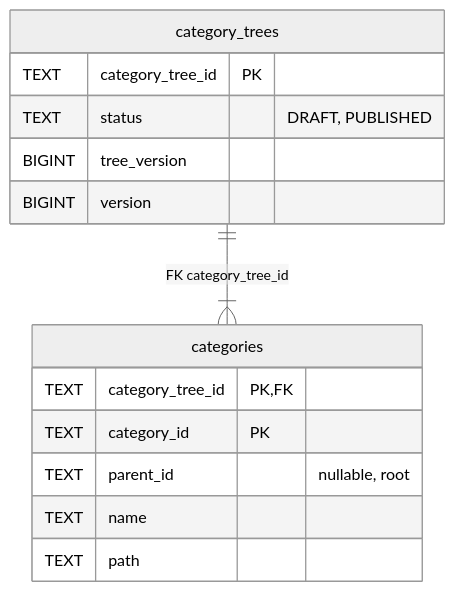
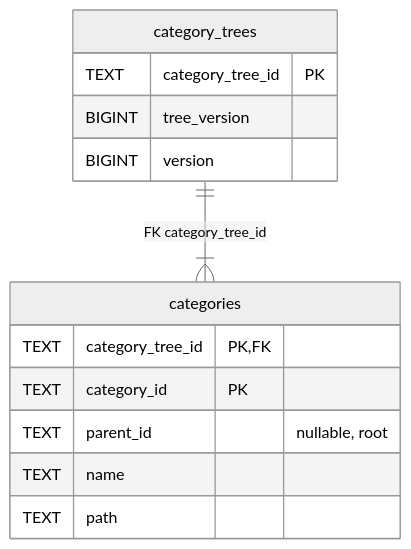
One commit to IQVO/warehouse-docs changed the second of 5 diagrams in storefront/docs/contexts/product-content/entity-relationship.md. Above: the diagram before and after it, drawn with Mermaid (neutral theme). The commit also changed other lines of this file and 16 other files, not shown here.

````diff
--- a/storefront/docs/contexts/product-content/entity-relationship.md
+++ b/storefront/docs/contexts/product-content/entity-relationship.md
@@ -62,17 +63,16 @@
 ```mermaid
 erDiagram
     category_trees ||--|{ categories : "FK category_tree_id"
     category_trees {
         TEXT category_tree_id PK
-        TEXT status "DRAFT, PUBLISHED"
         BIGINT tree_version
         BIGINT version
     }
     categories {
         TEXT category_tree_id PK,FK
         TEXT category_id PK
         TEXT parent_id "nullable, root"
         TEXT name
         TEXT path
     }
 ```
````
